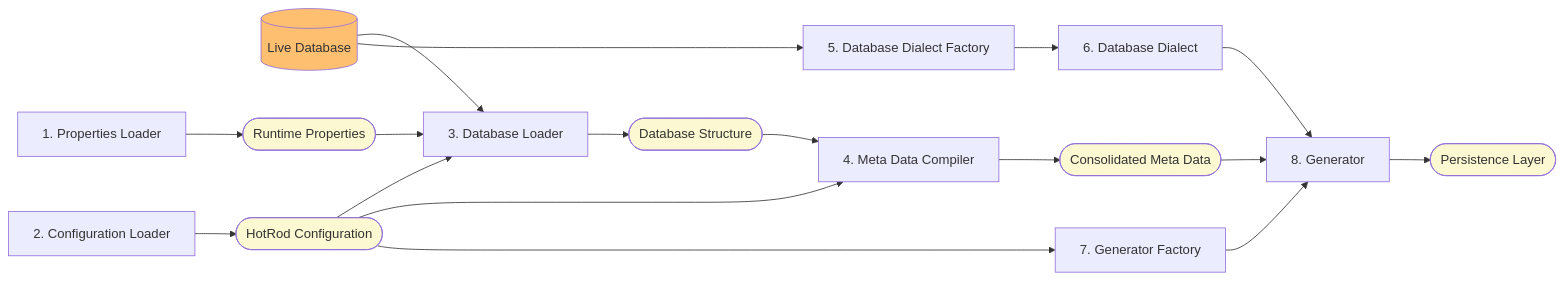
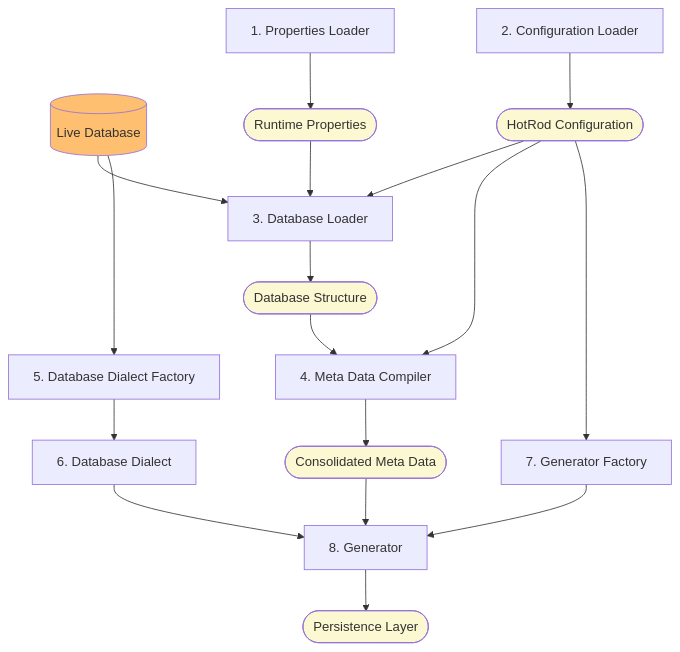
The diagram in hotrod-project/docs/architecture.md (hotrodorm/hotrod), drawn with Mermaid before and after one commit.

````diff
--- a/hotrod-project/docs/architecture.md
+++ b/hotrod-project/docs/architecture.md
@@ -17,34 +17,34 @@
 ```mermaid
-graph LR;
+graph TB;
 
 G[(Live Database)];
 
 A[1. Properties Loader] --> B([Runtime Properties]);
 style B fill:#fcf8d2
 
 B --> F[3. Database Loader];
 G --> F;
 style G fill:#ffbf70
 C[2. Configuration Loader] --> D([HotRod Configuration]);
 style D fill:#fcf8d2
 D --> F;
 F --> E([Database Structure]);
 style E fill:#fcf8d2
 
 G --> M;
 
 E --> H[4. Meta Data Compiler];
 D --> H;
 H --> I([Consolidated Meta Data]);
 style I fill:#fcf8d2
 
 D --> J[7. Generator Factory];
 J --> K[8. Generator];
 I --> K;
 K --> L([Persistence Layer]);
 style L fill:#fcf8d2
 
 M[5. Database Dialect Factory] --> N[6. Database Dialect];
 N --> K;
 
 ```
````
